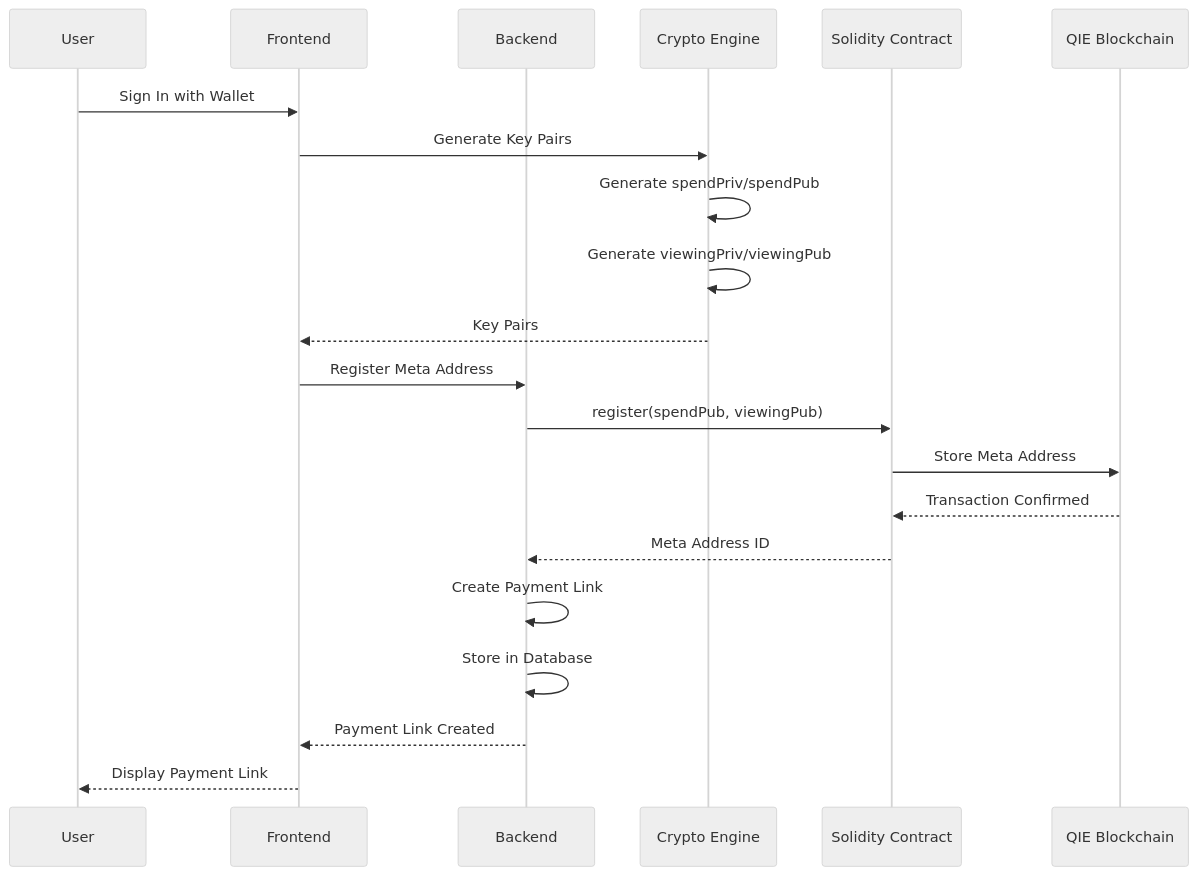
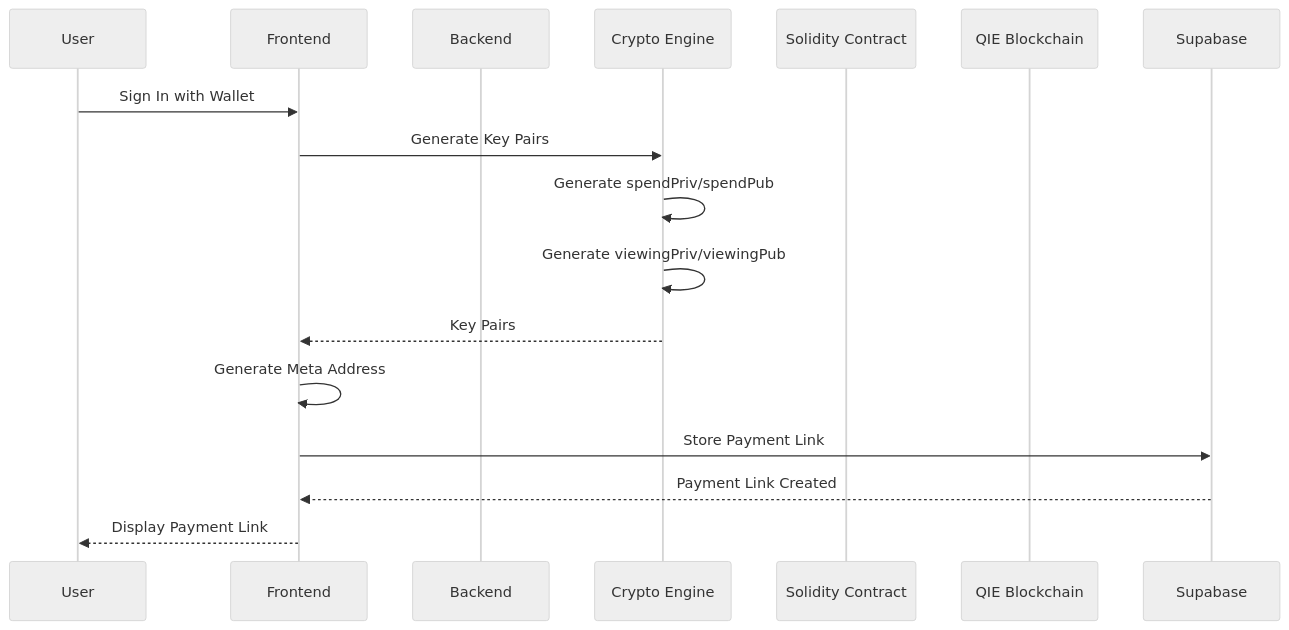
Before and after one commit to AmaanSayyad/Private-Pay-QIE: the sixth of 8 diagrams in README.md, drawn with Mermaid (neutral theme). The commit also changed other lines of this file, not shown here.

````diff
--- a/README.md
+++ b/README.md
@@ -471,26 +450,20 @@
 ```mermaid
 sequenceDiagram
     participant User
     participant Frontend
     participant Backend
     participant Crypto as Crypto Engine
     participant Solidity as Solidity Contract
     participant QIE as QIE Blockchain
     
     User->>Frontend: Sign In with Wallet
     Frontend->>Crypto: Generate Key Pairs
     Crypto->>Crypto: Generate spendPriv/spendPub
     Crypto->>Crypto: Generate viewingPriv/viewingPub
     Crypto-->>Frontend: Key Pairs
     
-    Frontend->>Backend: Register Meta Address
-    Backend->>Solidity: register(spendPub, viewingPub)
-    Solidity->>QIE: Store Meta Address
-    QIE-->>Solidity: Transaction Confirmed
-    Solidity-->>Backend: Meta Address ID
-    
-    Backend->>Backend: Create Payment Link
-    Backend->>Backend: Store in Database
-    Backend-->>Frontend: Payment Link Created
+    Frontend->>Frontend: Generate Meta Address
+    Frontend->>Supabase: Store Payment Link
+    Supabase-->>Frontend: Payment Link Created
     Frontend-->>User: Display Payment Link
 ```
````
